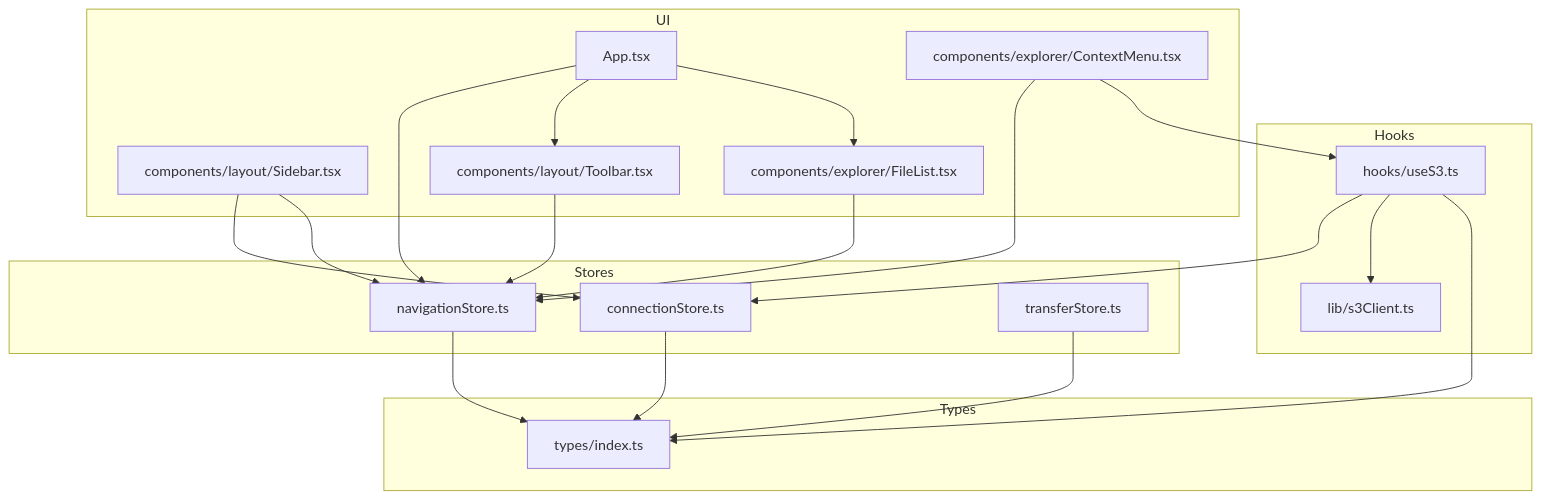
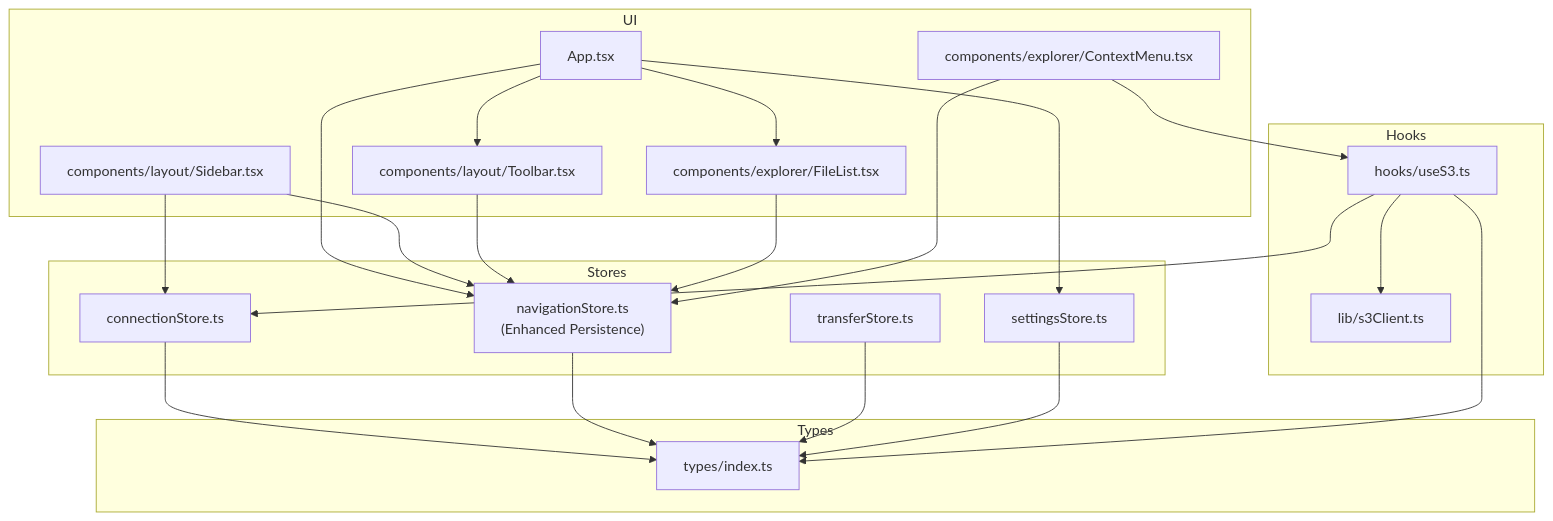
One commit to nasrulhadi/s3-explorer changed the first of 9 diagrams in .qoder/repowiki/en/content/Core Features/State Management.md. Above: the diagram before and after it, drawn with Mermaid. The commit also changed other lines of this file and 26 other files, not shown here.

````diff
--- a/.qoder/repowiki/en/content/Core Features/State Management.md
+++ b/.qoder/repowiki/en/content/Core Features/State Management.md
@@ -45,37 +55,40 @@
 ```mermaid
 graph TB
 subgraph "Stores"
 CS["connectionStore.ts"]
-NS["navigationStore.ts"]
+NS["navigationStore.ts<br/>(Enhanced Persistence)"]
 TS["transferStore.ts"]
+SS["settingsStore.ts"]
 end
 subgraph "Types"
 T["types/index.ts"]
 end
 subgraph "Hooks"
 US3["hooks/useS3.ts"]
 S3C["lib/s3Client.ts"]
 end
 subgraph "UI"
 APP["App.tsx"]
 SIDEBAR["components/layout/Sidebar.tsx"]
 TOOLBAR["components/layout/Toolbar.tsx"]
 FILELIST["components/explorer/FileList.tsx"]
 CMENU["components/explorer/ContextMenu.tsx"]
 end
 CS --> T
 NS --> T
 TS --> T
+SS --> T
 US3 --> CS
 US3 --> S3C
 US3 --> T
 APP --> NS
+APP --> SS
 APP --> TOOLBAR
 APP --> FILELIST
 SIDEBAR --> CS
 SIDEBAR --> NS
 TOOLBAR --> NS
 FILELIST --> NS
 CMENU --> NS
 CMENU --> US3
 ```
````
